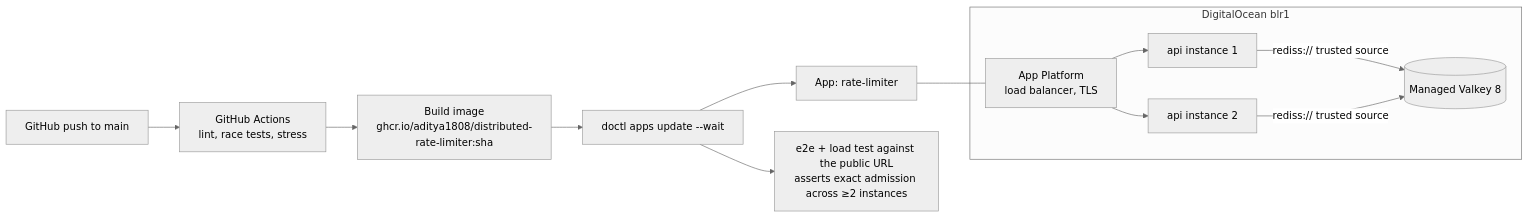
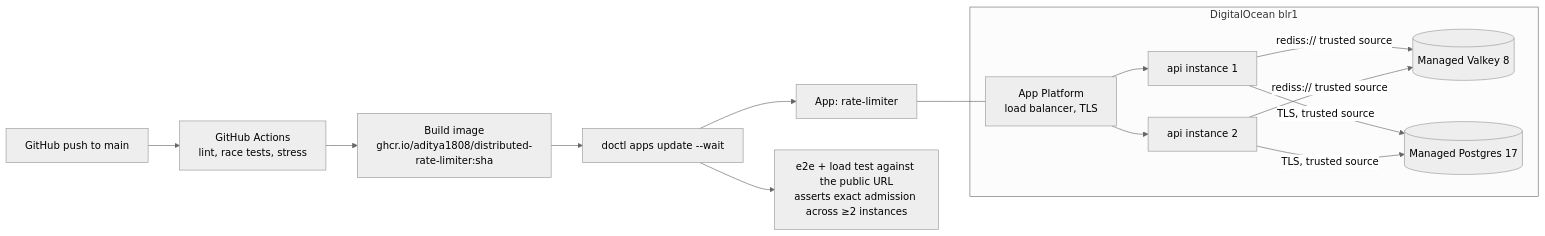
One commit to aditya1808/distributed-rate-limiter changed the fourth of 4 diagrams in docs/architecture.md. Above: the diagram before and after it, drawn with Mermaid (neutral theme). The commit also changed other lines of this file and 51 other files, not shown here.

````diff
--- a/docs/architecture.md
+++ b/docs/architecture.md
@@ -160,13 +190,14 @@
 ```mermaid
 flowchart LR
     gh[GitHub push to main] --> ci[GitHub Actions<br/>lint, race tests, stress]
     ci --> img[Build image<br/>ghcr.io/aditya1808/distributed-rate-limiter:sha]
     img --> dep[doctl apps update --wait]
     dep --> app
     subgraph do [DigitalOcean blr1]
         lb[App Platform<br/>load balancer, TLS] --> a1[api instance 1] & a2[api instance 2]
         a1 & a2 -->|rediss:// trusted source| vk[(Managed Valkey 8)]
+        a1 & a2 -->|TLS, trusted source| pg[(Managed Postgres 17)]
     end
     app[App: rate-limiter] --- lb
     dep --> e2e[e2e + load test against the public URL<br/>asserts exact admission across ≥2 instances]
 ```
````
